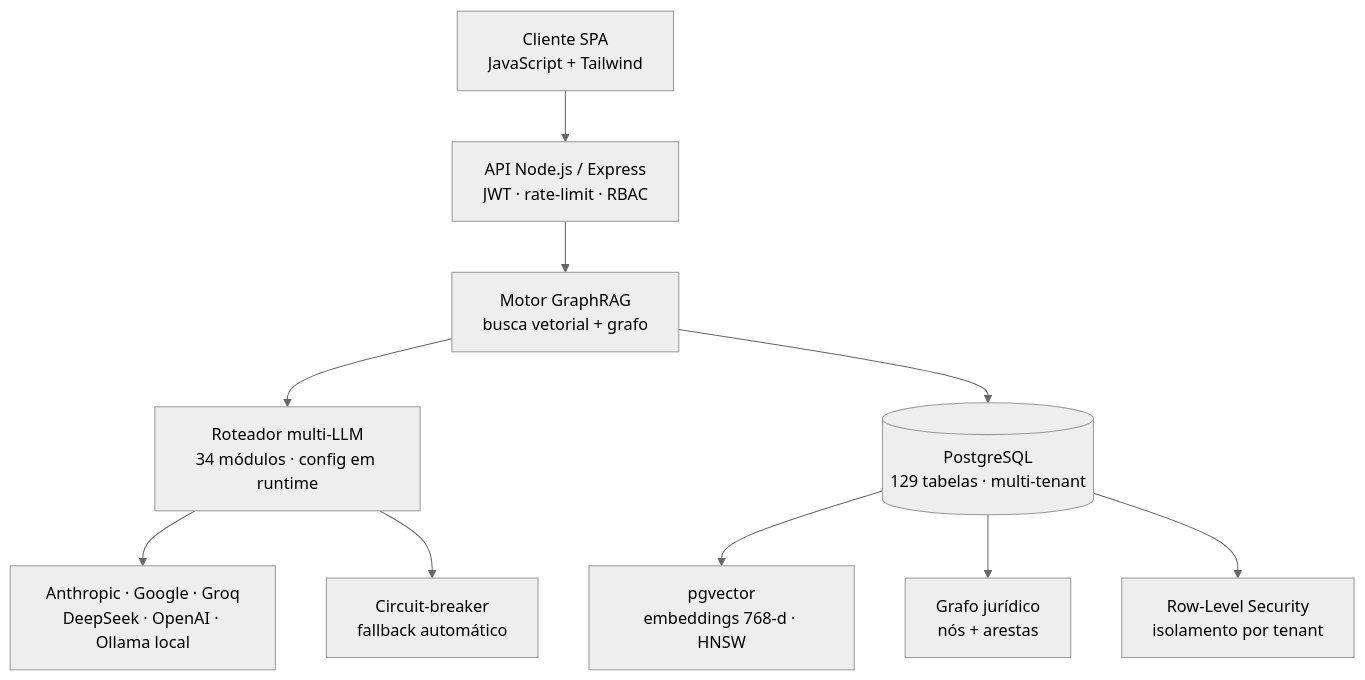
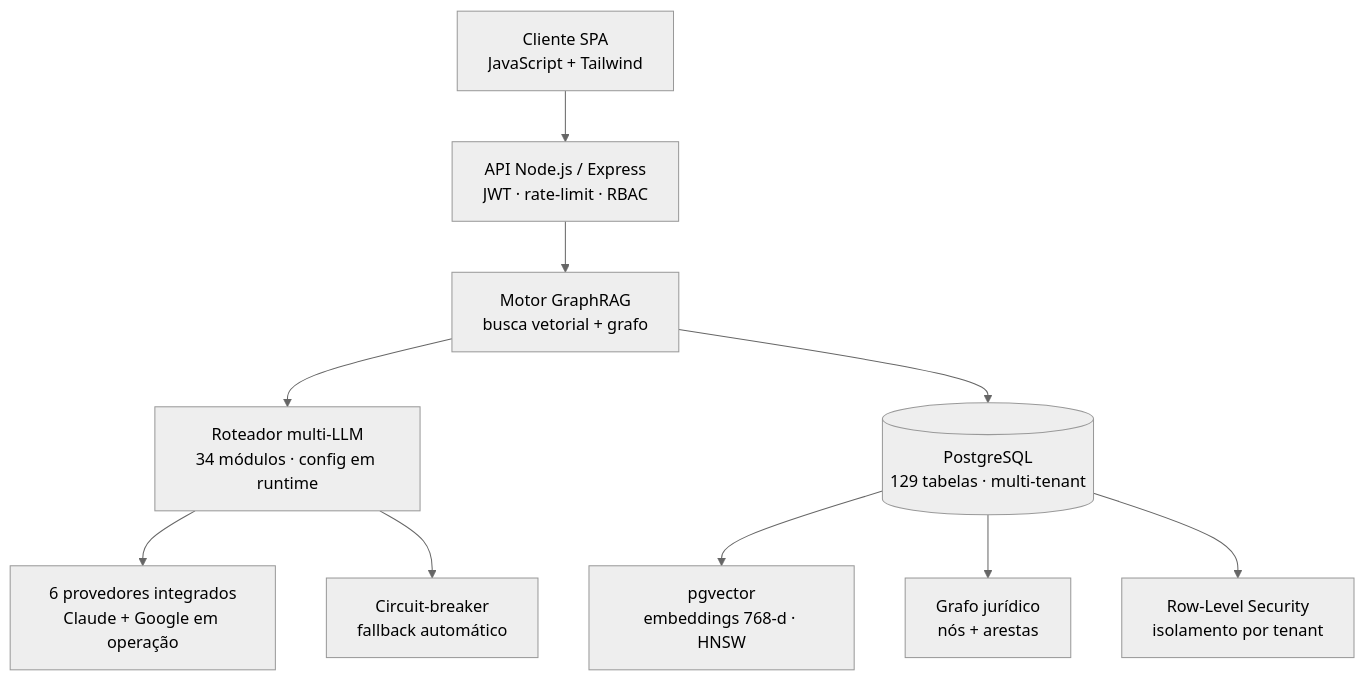
The diagram in README.md (lucasepifaniolopes/grafo), drawn with Mermaid (neutral theme) before and after one commit. The commit also changed other lines of this file, not shown here.

````diff
--- a/README.md
+++ b/README.md
@@ -21,12 +21,12 @@
 ```mermaid
 flowchart TD
     A[Cliente SPA<br/>JavaScript + Tailwind] --> B[API Node.js / Express<br/>JWT · rate-limit · RBAC]
     B --> C[Motor GraphRAG<br/>busca vetorial + grafo]
     C --> D[Roteador multi-LLM<br/>34 módulos · config em runtime]
-    D --> D1[Anthropic · Google · Groq<br/>DeepSeek · OpenAI · Ollama local]
+    D --> D1[6 provedores integrados<br/>Claude + Google em operação]
     D --> D2[Circuit-breaker<br/>fallback automático]
     C --> E[(PostgreSQL<br/>129 tabelas · multi-tenant)]
     E --> F[pgvector<br/>embeddings 768-d · HNSW]
     E --> G[Grafo jurídico<br/>nós + arestas]
     E --> H[Row-Level Security<br/>isolamento por tenant]
 ```
````
